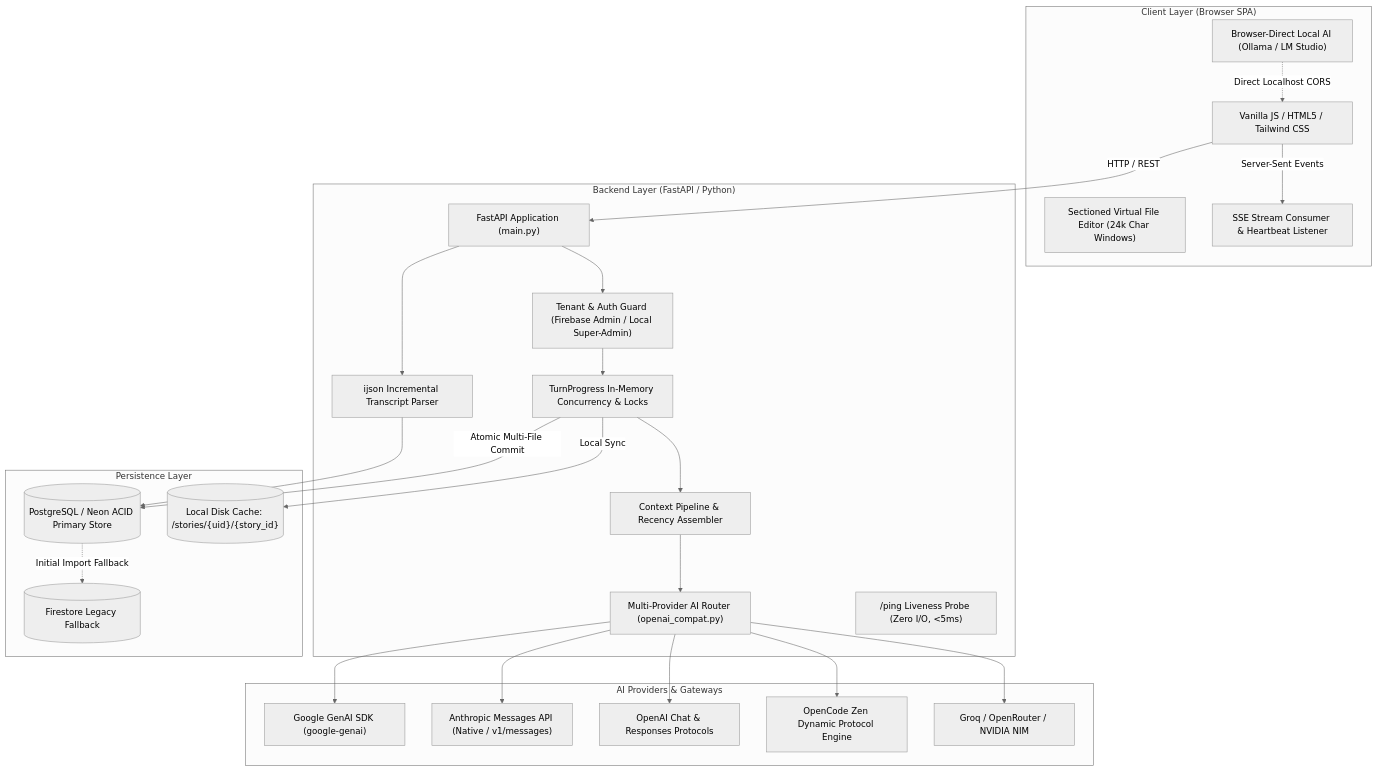
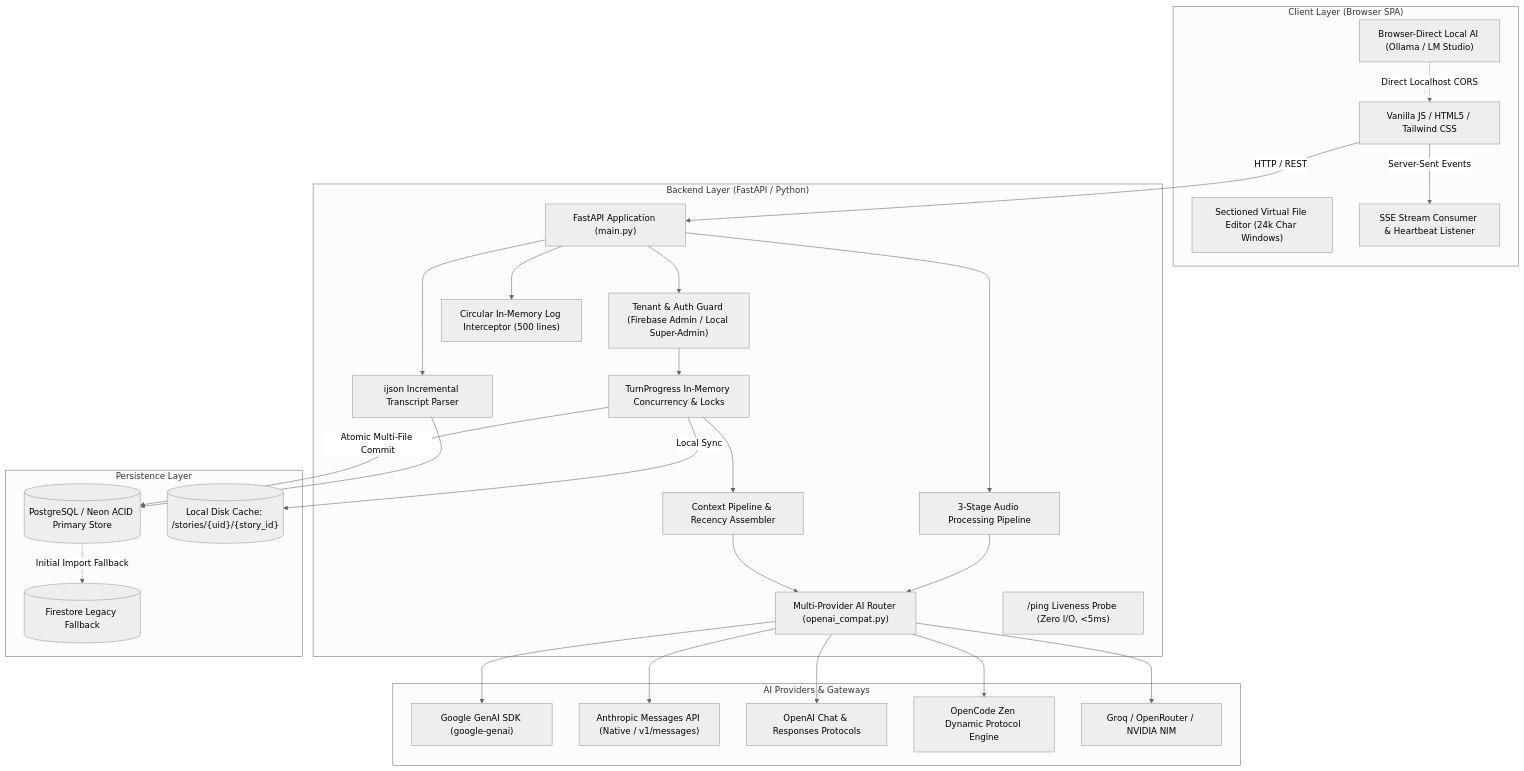
One commit to surajpaswan123/story-weaver changed the diagram in README.md. Above: the diagram before and after it, drawn with Mermaid (neutral theme). The commit also changed other lines of this file, not shown here.

Commit message:
Add keyboard shortcuts, 3-stage audio pipeline, and background lore analysis to README

````diff
--- a/README.md
+++ b/README.md
@@ -235,51 +272,56 @@
 ```mermaid
 flowchart TB
     subgraph Client ["Client Layer (Browser SPA)"]
         UI["Vanilla JS / HTML5 / Tailwind CSS"]
         VEditor["Sectioned Virtual File Editor (24k Char Windows)"]
         SSEListener["SSE Stream Consumer & Heartbeat Listener"]
         DirectLocal["Browser-Direct Local AI (Ollama / LM Studio)"]
     end
 
     subgraph Backend ["Backend Layer (FastAPI / Python)"]
         Router["FastAPI Application (main.py)"]
         AuthMiddleware["Tenant & Auth Guard (Firebase Admin / Local Super-Admin)"]
         TurnMgr["TurnProgress In-Memory Concurrency & Locks"]
         RouterHub["Multi-Provider AI Router (openai_compat.py)"]
         ContextAssembler["Context Pipeline & Recency Assembler"]
         HistoryPaginator["ijson Incremental Transcript Parser"]
+        MediaPipeline["3-Stage Audio Processing Pipeline"]
         LivenessProbe["/ping Liveness Probe (Zero I/O, <5ms)"]
+        LogBuffer["Circular In-Memory Log Interceptor (500 lines)"]
     end
 
     subgraph Storage ["Persistence Layer"]
         PG[(PostgreSQL / Neon ACID Primary Store)]
         FSFallback[(Firestore Legacy Fallback)]
         DiskCache[("Local Disk Cache: /stories/{uid}/{story_id}")]
     end
 
     subgraph Providers ["AI Providers & Gateways"]
         GeminiSDK["Google GenAI SDK (google-genai)"]
         AnthropicAPI["Anthropic Messages API (Native / v1/messages)"]
         OpenAIGateway["OpenAI Chat & Responses Protocols"]
         OpenCodeZen["OpenCode Zen Dynamic Protocol Engine"]
         CloudGroq["Groq / OpenRouter / NVIDIA NIM"]
     end
 
     UI -->|HTTP / REST| Router
     UI -->|Server-Sent Events| SSEListener
     DirectLocal -.->|Direct Localhost CORS| UI
     Router --> AuthMiddleware
     AuthMiddleware --> TurnMgr
     TurnMgr --> ContextAssembler
     ContextAssembler --> RouterHub
     RouterHub --> GeminiSDK
     RouterHub --> AnthropicAPI
     RouterHub --> OpenAIGateway
     RouterHub --> OpenCodeZen
     RouterHub --> CloudGroq
+    Router --> MediaPipeline
+    MediaPipeline --> RouterHub
     TurnMgr -->|Atomic Multi-File Commit| PG
     PG -.->|Initial Import Fallback| FSFallback
     TurnMgr -->|Local Sync| DiskCache
     Router --> HistoryPaginator
     HistoryPaginator --> PG
+    Router --> LogBuffer
 ```
````
